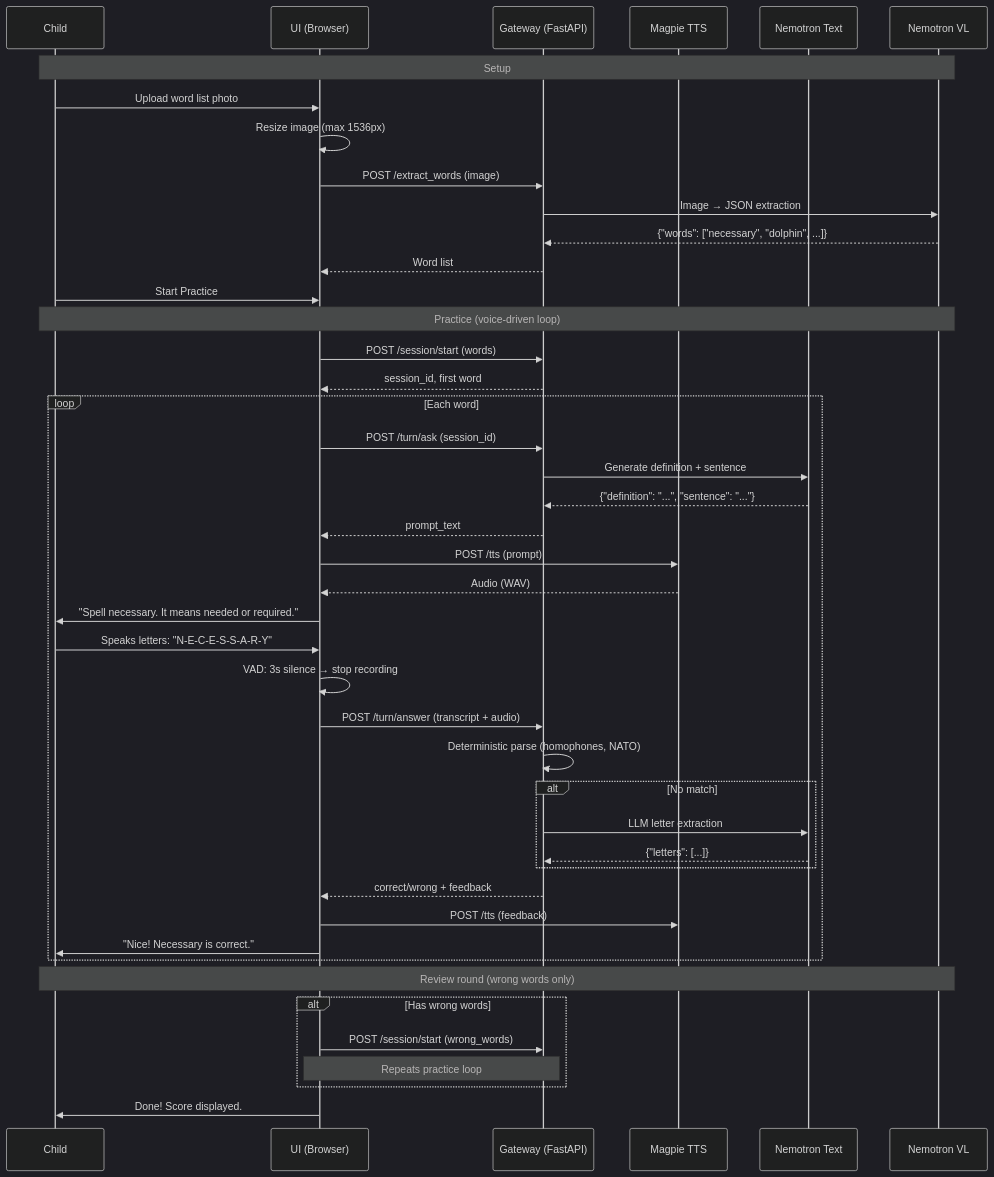
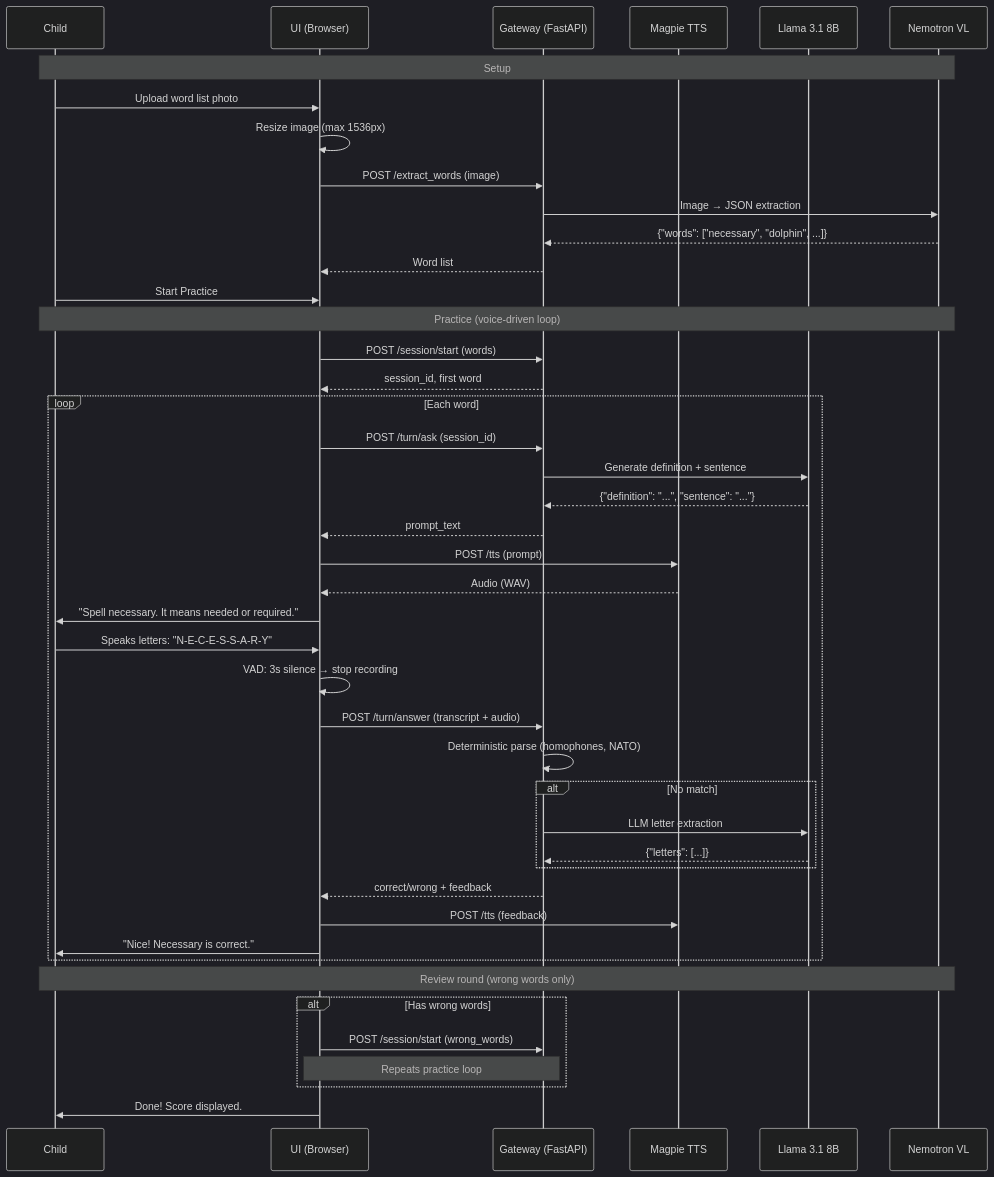
Before and after one commit to elizabetht/spellingbee-mvp: the diagram in README.md, drawn with Mermaid (dark theme). The commit also changed other lines of this file and 1 other file, not shown here.

````diff
--- a/README.md
+++ b/README.md
@@ -41,52 +41,52 @@
 ```mermaid
 sequenceDiagram
     participant Child
     participant Browser as UI (Browser)
     participant GW as Gateway (FastAPI)
     participant TTS as Magpie TTS
-    participant TextLLM as Nemotron Text
+    participant TextLLM as Llama 3.1 8B
     participant VL as Nemotron VL
 
     Note over Child, VL: Setup
     Child->>Browser: Upload word list photo
     Browser->>Browser: Resize image (max 1536px)
     Browser->>GW: POST /extract_words (image)
     GW->>VL: Image → JSON extraction
     VL-->>GW: {"words": ["necessary", "dolphin", ...]}
     GW-->>Browser: Word list
     Child->>Browser: Start Practice
 
     Note over Child, VL: Practice (voice-driven loop)
     Browser->>GW: POST /session/start (words)
     GW-->>Browser: session_id, first word
 
     loop Each word
         Browser->>GW: POST /turn/ask (session_id)
         GW->>TextLLM: Generate definition + sentence
         TextLLM-->>GW: {"definition": "...", "sentence": "..."}
         GW-->>Browser: prompt_text
         Browser->>TTS: POST /tts (prompt)
         TTS-->>Browser: Audio (WAV)
         Browser->>Child: "Spell necessary. It means needed or required."
 
         Child->>Browser: Speaks letters: "N-E-C-E-S-S-A-R-Y"
         Browser->>Browser: VAD: 3s silence → stop recording
         Browser->>GW: POST /turn/answer (transcript + audio)
         GW->>GW: Deterministic parse (homophones, NATO)
         alt No match
             GW->>TextLLM: LLM letter extraction
             TextLLM-->>GW: {"letters": [...]}
         end
         GW-->>Browser: correct/wrong + feedback
         Browser->>TTS: POST /tts (feedback)
         Browser->>Child: "Nice! Necessary is correct."
     end
 
     Note over Child, VL: Review round (wrong words only)
     alt Has wrong words
         Browser->>GW: POST /session/start (wrong_words)
         Note over Browser, GW: Repeats practice loop
     end
 
     Browser->>Child: Done! Score displayed.
 ```
````
